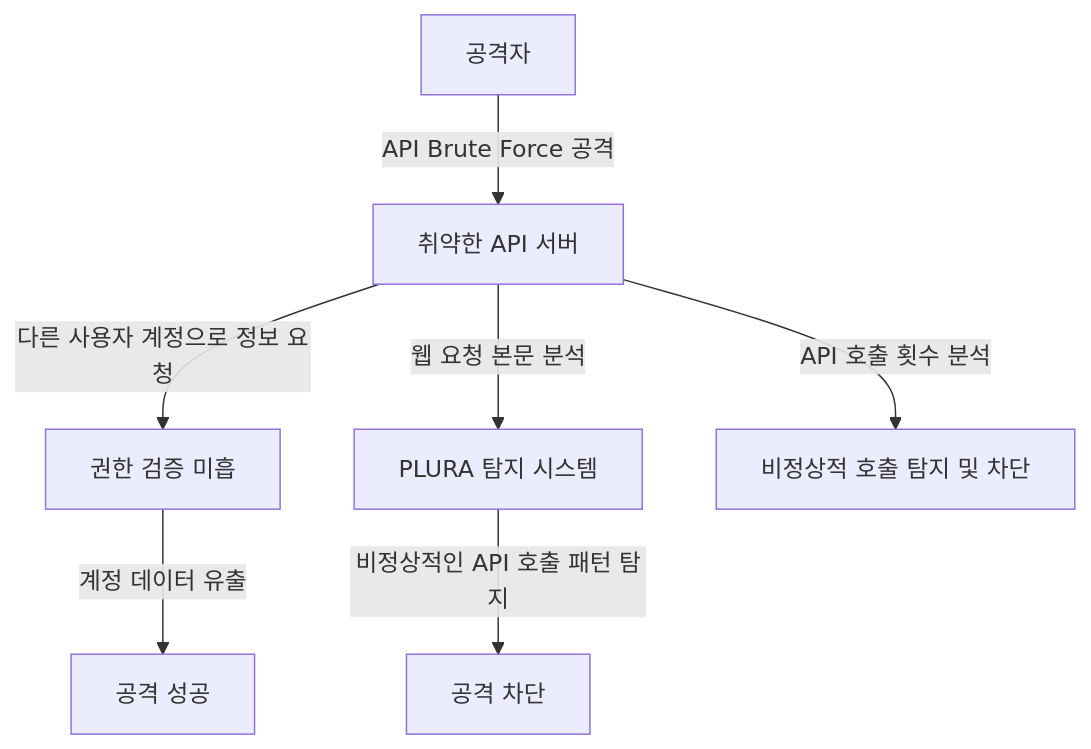
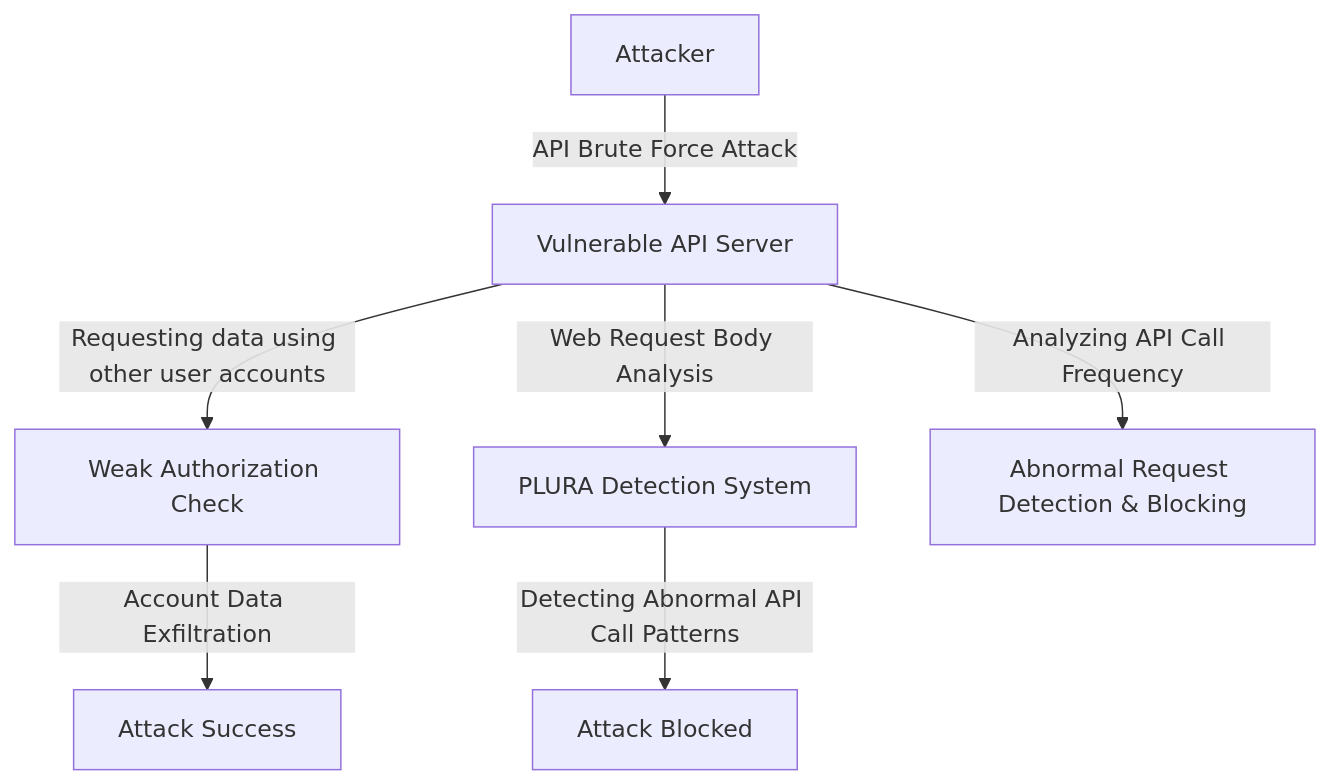
The diagram in benefits/en/zero-day/scenario-api-attack.md (qubitsec/plura), drawn with Mermaid before and after one commit. The commit also changed other lines of this file, not shown here.

````diff
--- a/benefits/en/zero-day/scenario-api-attack.md
+++ b/benefits/en/zero-day/scenario-api-attack.md
@@ -53,11 +53,11 @@
 ```mermaid
 graph TD
-    A[공격자] -->|API Brute Force 공격| B[취약한 API 서버]
-    B -->|다른 사용자 계정으로 정보 요청| C[권한 검증 미흡]
-    C -->|계정 데이터 유출| D[공격 성공]
+    A[Attacker] -->|API Brute Force Attack| B[Vulnerable API Server]
+    B -->|Requesting data using other user accounts| C[Weak Authorization Check]
+    C -->|Account Data Exfiltration| D[Attack Success]
 
-    %% PLURA 탐지 및 대응
-    B -->|웹 요청 본문 분석| X[PLURA 탐지 시스템]
-    X -->|비정상적인 API 호출 패턴 탐지| Y[공격 차단]
-    B -->|API 호출 횟수 분석| Z[비정상적 호출 탐지 및 차단]
+    %% PLURA Detection and Response
+    B -->|Web Request Body Analysis| X[PLURA Detection System]
+    X -->|Detecting Abnormal API Call Patterns| Y[Attack Blocked]
+    B -->|Analyzing API Call Frequency| Z[Abnormal Request Detection & Blocking]
 ```
````
